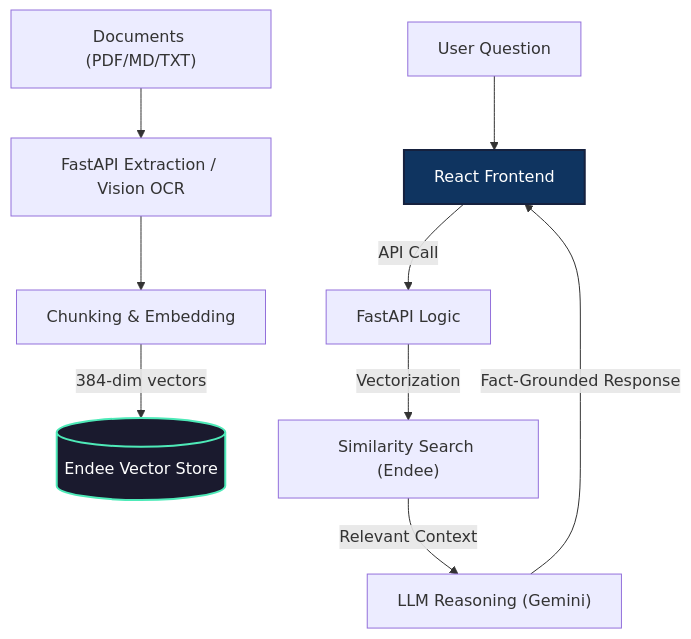
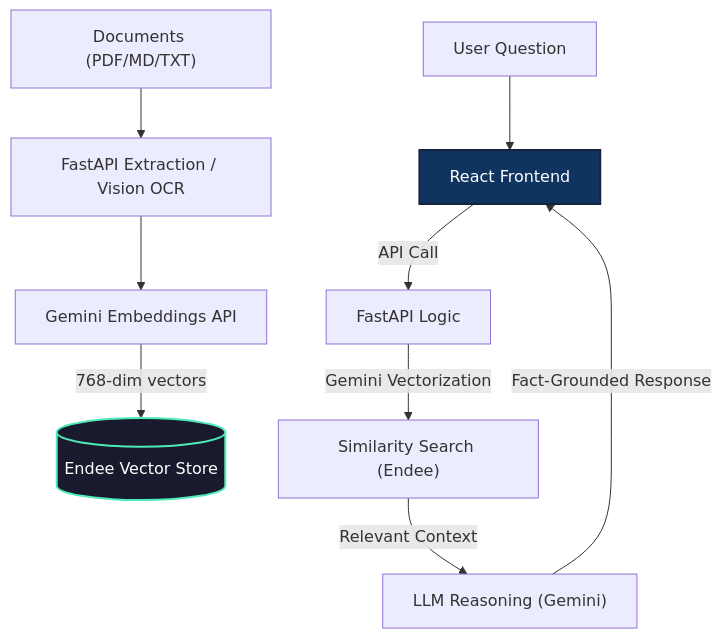
Before and after one commit to Vikash9546/CuratorAI: the diagram in README.md, drawn with Mermaid. The commit also changed other lines of this file, not shown here.

Commit message:
docs: completely rewrite README to highlight serverless, ultra-lightweight architecture using Gemini Embeddings and 0-RAM footprint

````diff
--- a/README.md
+++ b/README.md
@@ -43,15 +45,15 @@
 ```mermaid
 graph TD
     A["Documents (PDF/MD/TXT)"] --> B["FastAPI Extraction / Vision OCR"]
-    B --> C["Chunking & Embedding"]
-    C -->|384-dim vectors| E[("Endee Vector Store")]
+    B --> C["Gemini Embeddings API"]
+    C -->|768-dim vectors| E[("Endee Vector Store")]
     
     F["User Question"] --> G["React Frontend"]
     G -->|API Call| H["FastAPI Logic"]
-    H -->|Vectorization| I["Similarity Search (Endee)"]
+    H -->|Gemini Vectorization| I["Similarity Search (Endee)"]
     I -->|"Relevant Context"| J["LLM Reasoning (Gemini)"]
     J -->|"Fact-Grounded Response"| G
 
     style E fill:#1a1a2e,stroke:#4eeab8,stroke-width:2px,color:#fff
     style G fill:#0f3460,stroke:#16213e,stroke-width:2px,color:#fff
 ```
````
